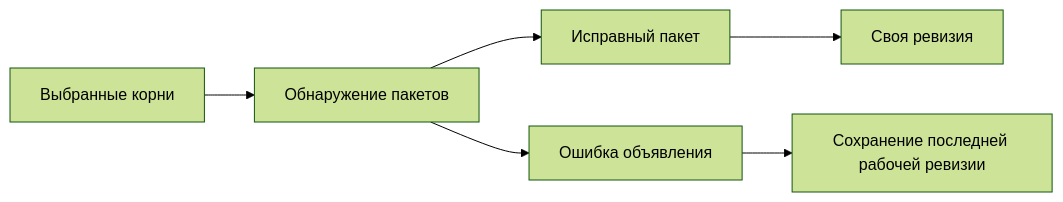
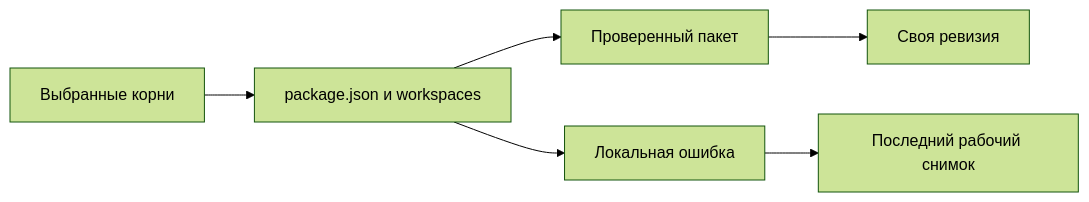
The diagram in archetypes/package/notes/draft-discovery.md (zavx0z/storybook), drawn with Mermaid (forest theme) before and after one commit. The commit also changed other lines of this file and 176 other files, not shown here.

````diff
--- a/archetypes/package/notes/draft-discovery.md
+++ b/archetypes/package/notes/draft-discovery.md
@@ -7,8 +8,8 @@
 ```mermaid
 flowchart LR
-  roots["Выбранные корни"] --> find["Обнаружение пакетов"]
-  find --> good["Исправный пакет"]
-  find --> bad["Ошибка объявления"]
+  roots["Выбранные корни"] --> find["package.json и workspaces"]
+  find --> good["Проверенный пакет"]
+  find --> bad["Локальная ошибка"]
   good --> revision["Своя ревизия"]
-  bad --> keep["Сохранение последней рабочей ревизии"]
+  bad --> keep["Последний рабочий снимок"]
 ```
````
